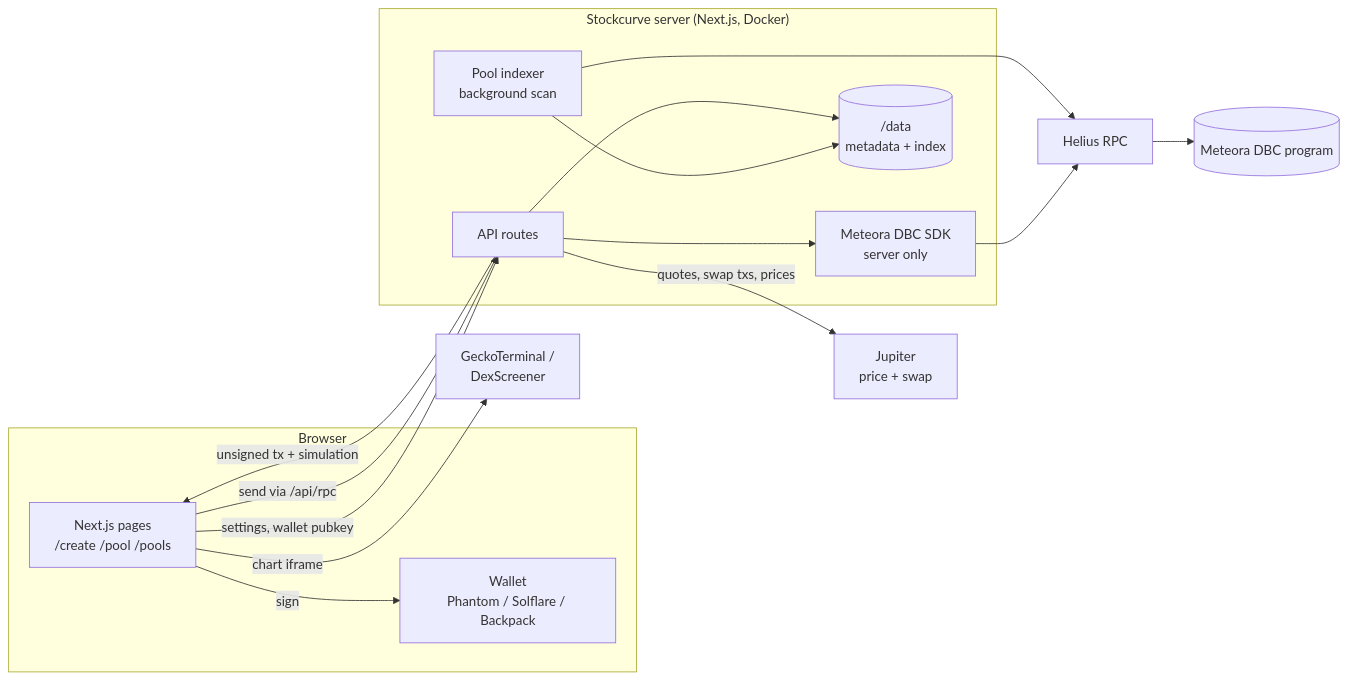
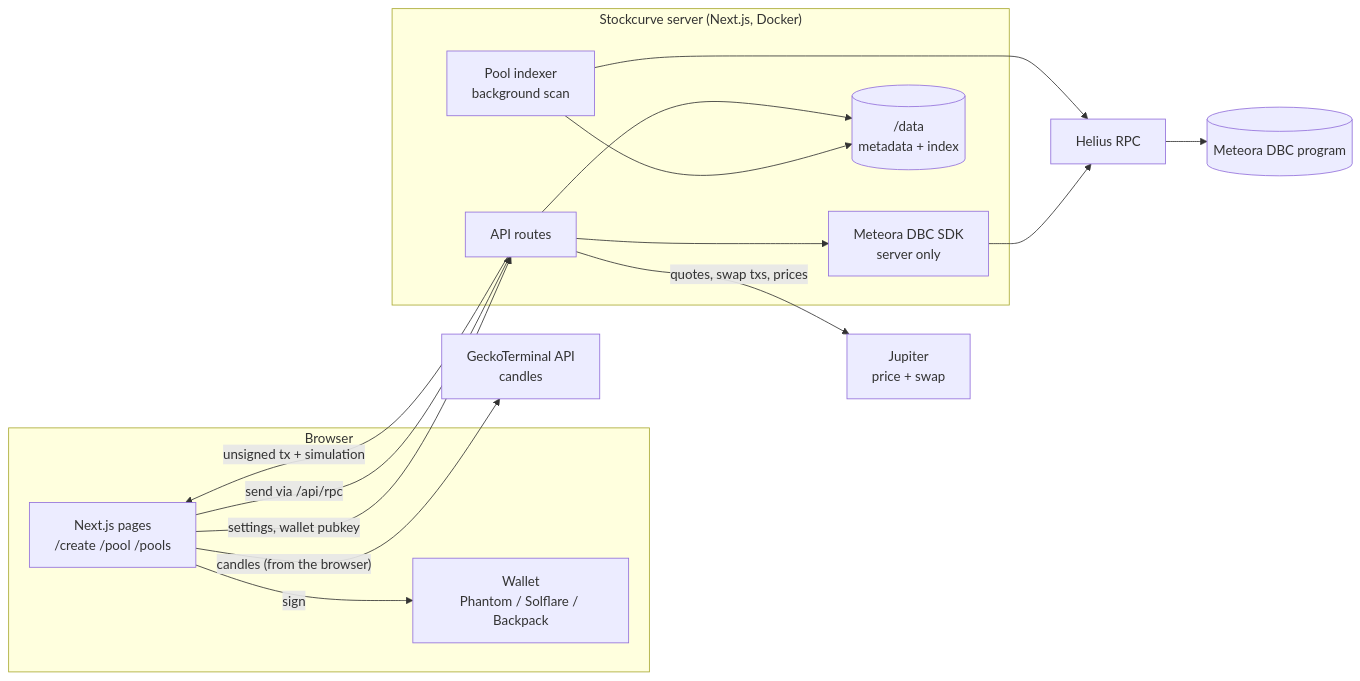
One commit to abilashblnair/stockcurve changed the first of 2 diagrams in docs/03-architecture.md. Above: the diagram before and after it, drawn with Mermaid. The commit also changed other lines of this file and 14 other files, not shown here.

First line of the commit message:
Fix pool chart: native candlestick chart instead of embeds

````diff
--- a/docs/03-architecture.md
+++ b/docs/03-architecture.md
@@ -5,28 +5,28 @@
 ```mermaid
 flowchart LR
   subgraph Browser
     UI[Next.js pages<br/>/create /pool /pools]
     W[Wallet<br/>Phantom / Solflare / Backpack]
   end
   subgraph Server["Stockcurve server (Next.js, Docker)"]
     API[API routes]
     SDK[Meteora DBC SDK<br/>server only]
     IDX[Pool indexer<br/>background scan]
     META[(/data<br/>metadata + index)]
   end
   RPC[Helius RPC]
   JUP[Jupiter<br/>price + swap]
-  EXT[GeckoTerminal /<br/>DexScreener]
+  EXT[GeckoTerminal API<br/>candles]
   DBC[(Meteora DBC program)]
 
   UI -- "settings, wallet pubkey" --> API
   API --> SDK --> RPC --> DBC
   API -- quotes, swap txs, prices --> JUP
   API -- "unsigned tx + simulation" --> UI
   UI -- sign --> W
   UI -- "send via /api/rpc" --> API
   IDX --> RPC
   IDX --> META
   API --> META
-  UI -- chart iframe --> EXT
+  UI -- candles (from the browser) --> EXT
 ```
````
